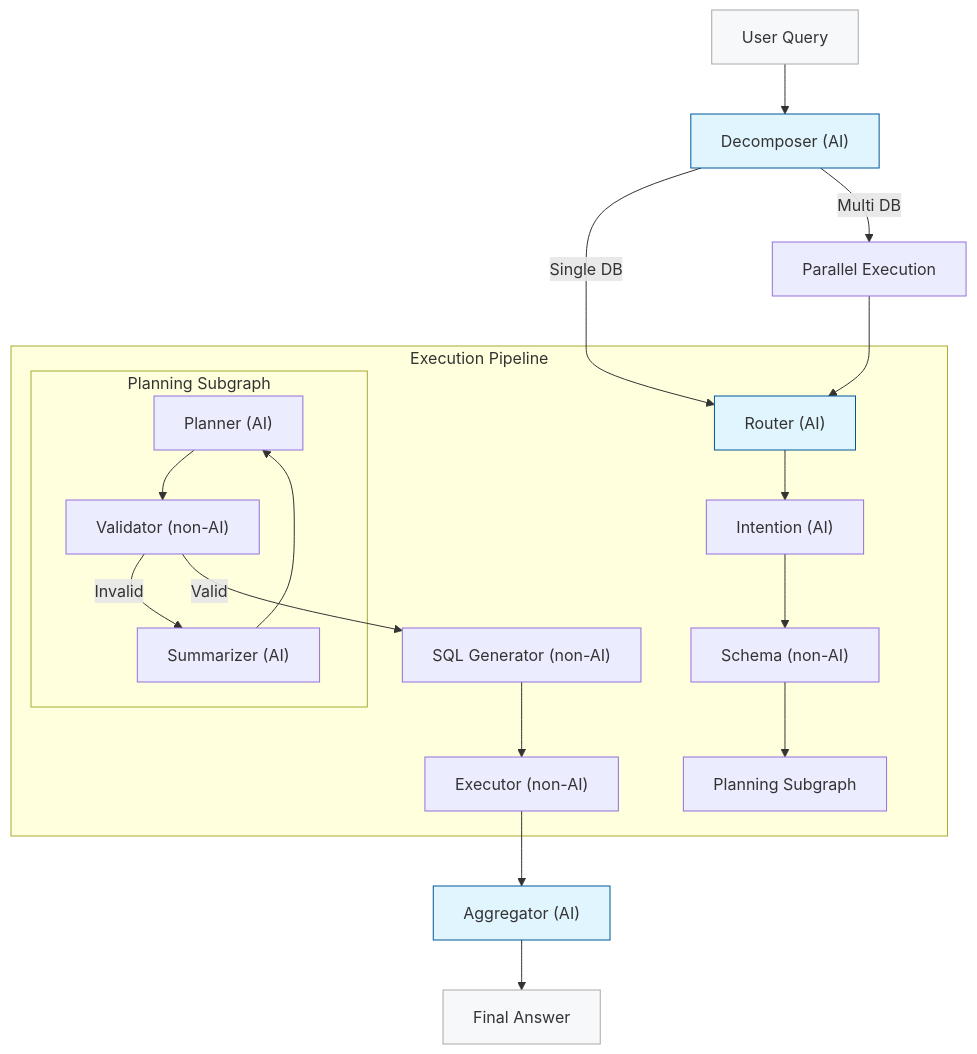
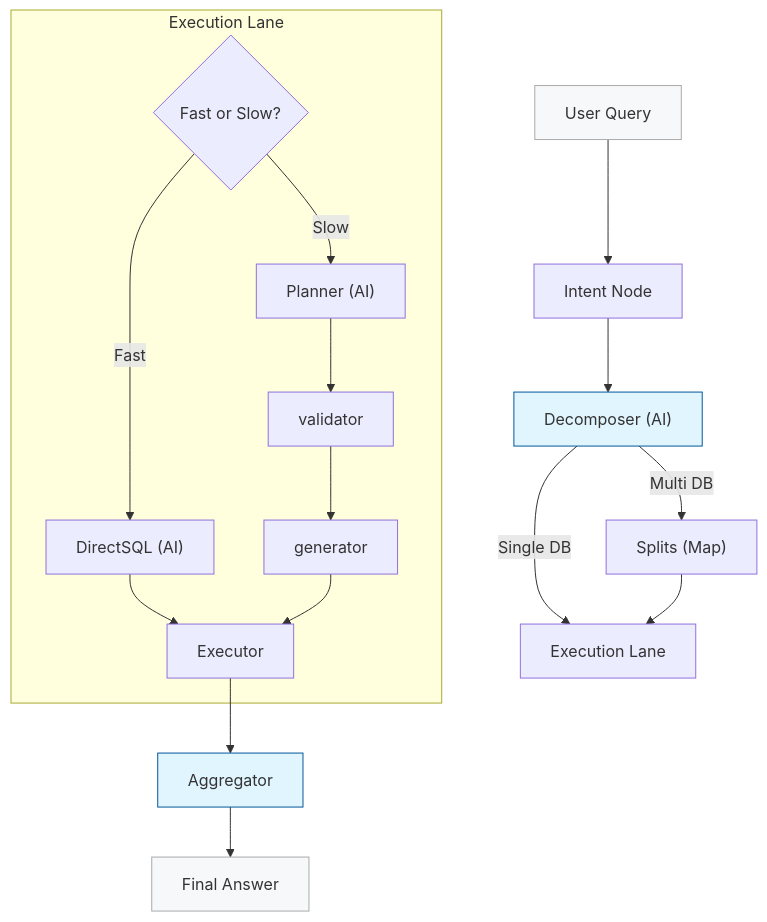
Before and after one commit to nadeem4/nl2sql: the diagram in README.md, drawn with Mermaid. The commit also changed other lines of this file and 18 other files, not shown here.

Commit message:
feat: Implement core NL2SQL orchestration pipeline with intent, decomposer, and aggregator nodes, and an LLM registry.

````diff
--- a/README.md
+++ b/README.md
@@ -419,31 +229,28 @@
 ```mermaid
 flowchart TD
-  user["User Query"] --> decomposer["Decomposer (AI)"]
-  decomposer -- Single DB --> router["Router (AI)"]
-  decomposer -- Multi DB --> split["Parallel Execution"]
+  user["User Query"] --> intent["Intent Node"]
+  intent --> decomposer["Decomposer (AI)"]
+  decomposer -- Single DB --> execution["Execution Lane"]
+  decomposer -- Multi DB --> splits["Splits (Map)"]
   
-  subgraph Execution Pipeline
-    router --> intent["Intention (AI)"]
-    intent --> schema["Schema (non-AI)"]
-    schema --> planning["Planning Subgraph"]
+  splits --> execution
+  
+  subgraph Execution Lane
+    lane_logic{Fast or Slow?}
+    lane_logic -- Fast --> directSQL["DirectSQL (AI)"]
+    lane_logic -- Slow --> planner["Planner (AI)"]
+    planner --> validator
+    validator --> generator
     
-    subgraph Planning Subgraph
-      planner["Planner (AI)"] --> validator["Validator (non-AI)"]
-      validator -- Invalid --> summarizer["Summarizer (AI)"]
-      summarizer --> planner
-    end
-    
-    validator -- Valid --> generator["SQL Generator (non-AI)"]
-    generator --> executor["Executor (non-AI)"]
+    directSQL --> executor
+    generator --> executor["Executor"]
   end
   
-  split --> router
-  executor --> aggregator["Aggregator (AI)"]
+  executor --> aggregator["Aggregator"]
   aggregator --> answer["Final Answer"]
   
   style user fill:#f6f8fa,stroke:#aaa
   style decomposer fill:#e1f5fe,stroke:#01579b
-  style router fill:#e1f5fe,stroke:#01579b
   style aggregator fill:#e1f5fe,stroke:#01579b
   style answer fill:#f6f8fa,stroke:#aaa
 ```
````
